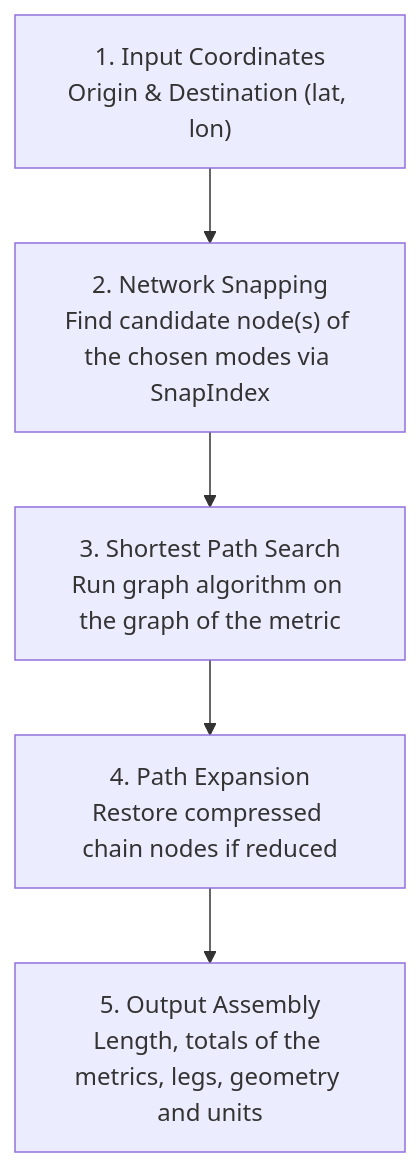
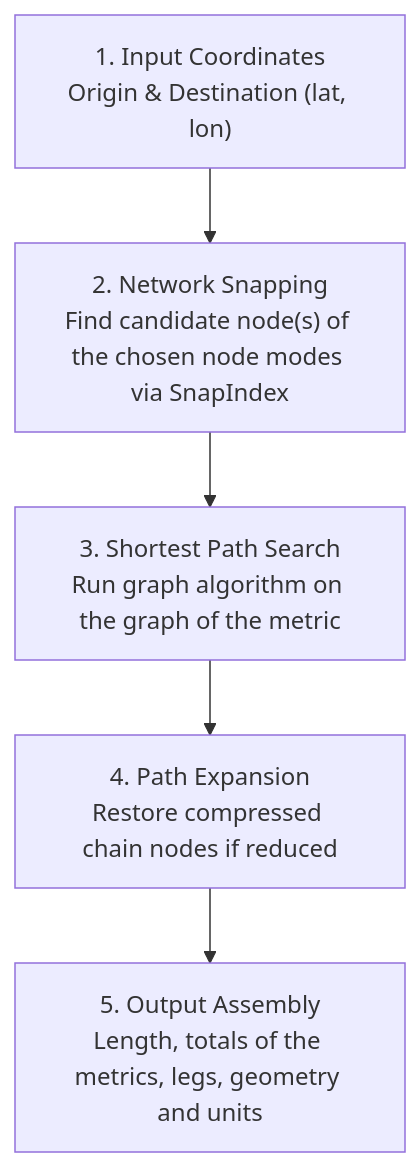
Before and after one commit to connor-makowski/scgraph: the second of 4 diagrams in ARCHITECTURE.md, drawn with Mermaid. The commit also changed other lines of this file and 2 other files, not shown here.

First line of the commit message:
Tell node modes from edge modes in the developer documents (#287)

````diff
--- a/ARCHITECTURE.md
+++ b/ARCHITECTURE.md
@@ -171,7 +173,7 @@
 ```mermaid
 flowchart TD
-    A["1. Input Coordinates<br/>Origin & Destination (lat, lon)"] --> B["2. Network Snapping<br/>Find candidate node(s) of the chosen modes via SnapIndex"]
+    A["1. Input Coordinates<br/>Origin & Destination (lat, lon)"] --> B["2. Network Snapping<br/>Find candidate node(s) of the chosen node modes via SnapIndex"]
     B --> C["3. Shortest Path Search<br/>Run graph algorithm on the graph of the metric"]
     C --> D["4. Path Expansion<br/>Restore compressed chain nodes if reduced"]
     D --> E["5. Output Assembly<br/>Length, totals of the metrics, legs, geometry and units"]
 ```
````
